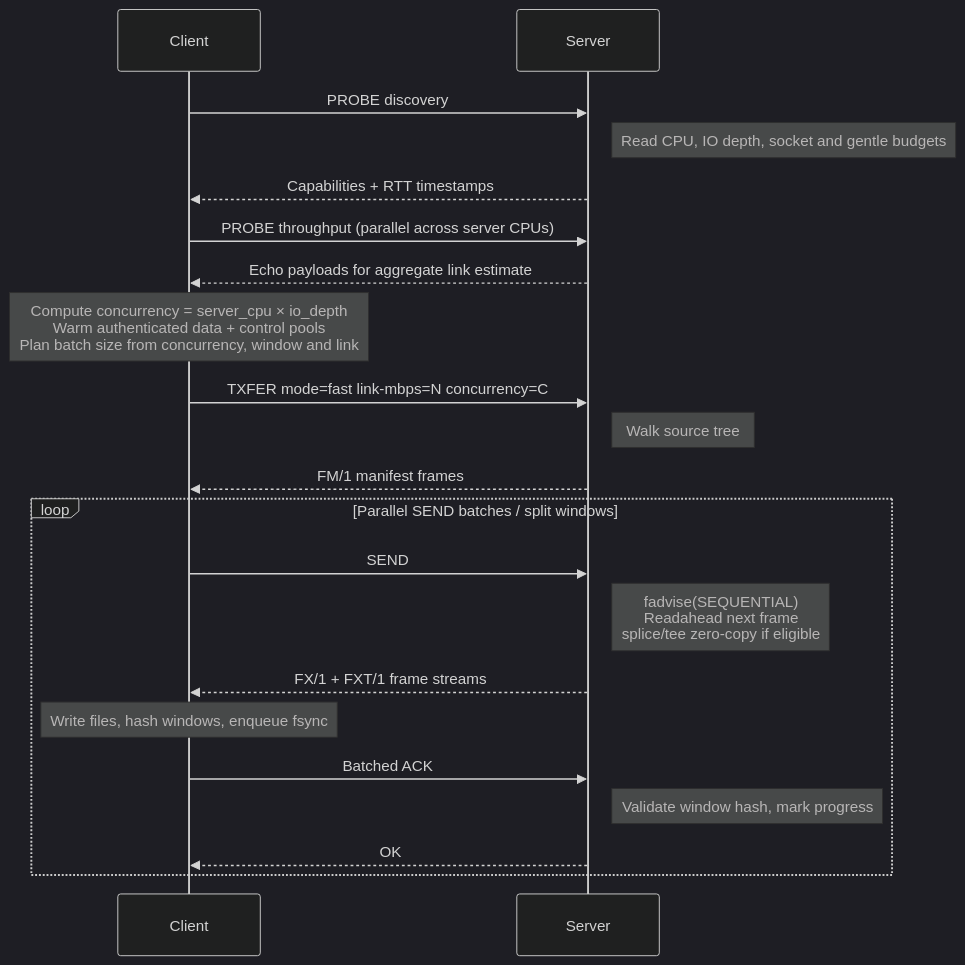
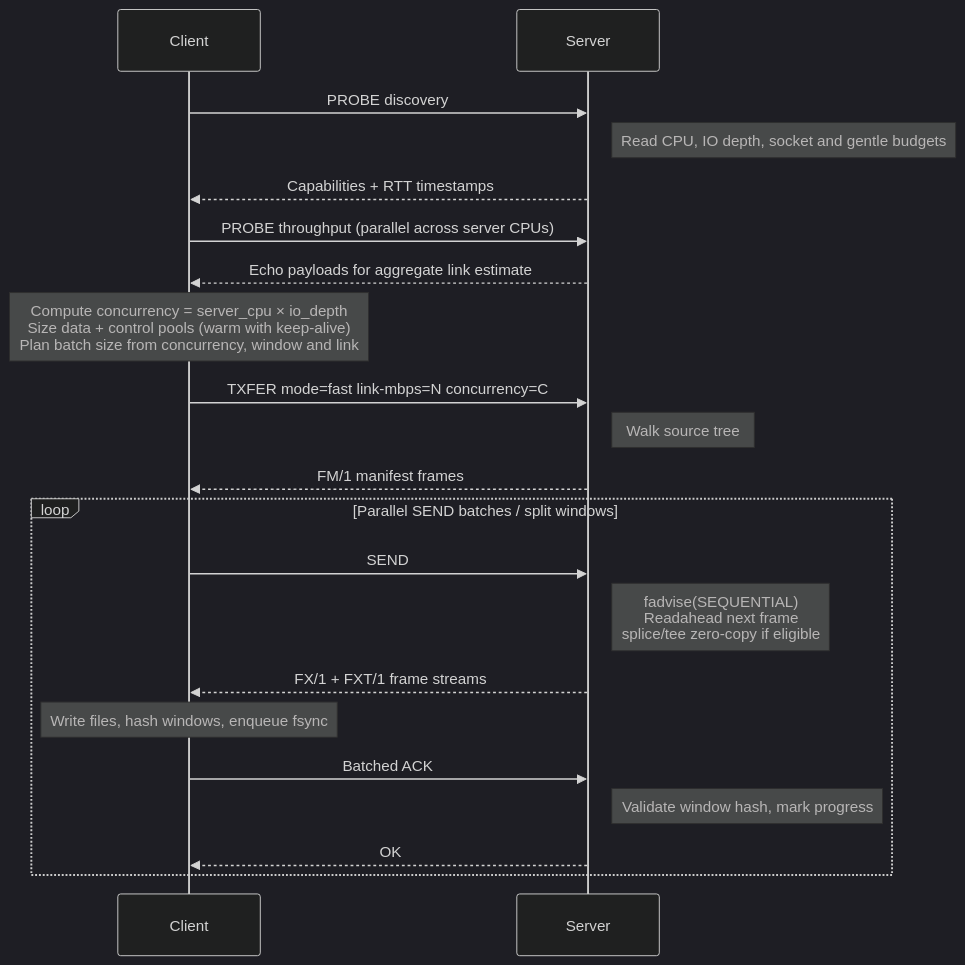
Before and after one commit to jolynch/tx: the second of 6 diagrams in docs/arch/TRANSFER.md, drawn with Mermaid (dark theme). The commit also changed 25 other files, not shown here.

````diff
--- a/docs/arch/TRANSFER.md
+++ b/docs/arch/TRANSFER.md
@@ -61,23 +61,23 @@
 ```mermaid
 sequenceDiagram
     participant C as Client
     participant S as Server
     C->>S: PROBE discovery
     Note right of S: Read CPU, IO depth, socket and gentle budgets
     S-->>C: Capabilities + RTT timestamps
     C->>S: PROBE throughput (parallel across server CPUs)
     S-->>C: Echo payloads for aggregate link estimate
-    Note over C: Compute concurrency = server_cpu × io_depth<br/>Warm authenticated data + control pools<br/>Plan batch size from concurrency, window and link
+    Note over C: Compute concurrency = server_cpu × io_depth<br/>Size data + control pools (warm with keep-alive)<br/>Plan batch size from concurrency, window and link
     C->>S: TXFER mode=fast link-mbps=N concurrency=C
     Note right of S: Walk source tree
     S-->>C: FM/1 manifest frames
     loop Parallel SEND batches / split windows
         C->>S: SEND
         Note right of S: fadvise(SEQUENTIAL)<br/>Readahead next frame<br/>splice/tee zero-copy if eligible
         S-->>C: FX/1 + FXT/1 frame streams
         Note over C: Write files, hash windows, enqueue fsync
         C->>S: Batched ACK
         Note right of S: Validate window hash, mark progress
         S-->>C: OK
     end
 ```
````
